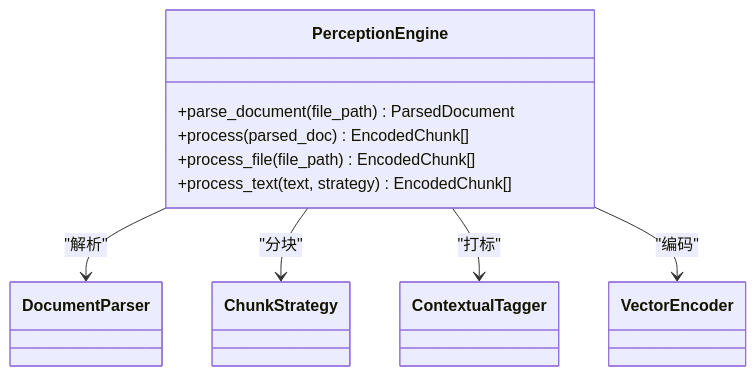
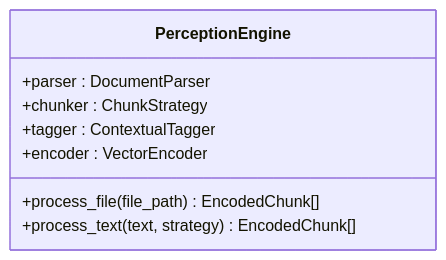
Before and after one commit to JieGaoPrinceton/NecoRAG: the fourth of 12 diagrams in .qoder/repowiki/zh/content/核心架构设计/核心架构设计.md, drawn with Mermaid. The commit also changed other lines of this file and 181 other files, not shown here.

````diff
--- a/.qoder/repowiki/zh/content/核心架构设计/核心架构设计.md
+++ b/.qoder/repowiki/zh/content/核心架构设计/核心架构设计.md
@@ -220,17 +220,11 @@
 ```mermaid
 classDiagram
 class PerceptionEngine {
-+parse_document(file_path) ParsedDocument
-+process(parsed_doc) EncodedChunk[]
++parser : DocumentParser
++chunker : ChunkStrategy
++tagger : ContextualTagger
++encoder : VectorEncoder
 +process_file(file_path) EncodedChunk[]
 +process_text(text, strategy) EncodedChunk[]
 }
-class DocumentParser
-class ChunkStrategy
-class ContextualTagger
-class VectorEncoder
-PerceptionEngine --> DocumentParser : "解析"
-PerceptionEngine --> ChunkStrategy : "分块"
-PerceptionEngine --> ContextualTagger : "打标"
-PerceptionEngine --> VectorEncoder : "编码"
 ```
````
